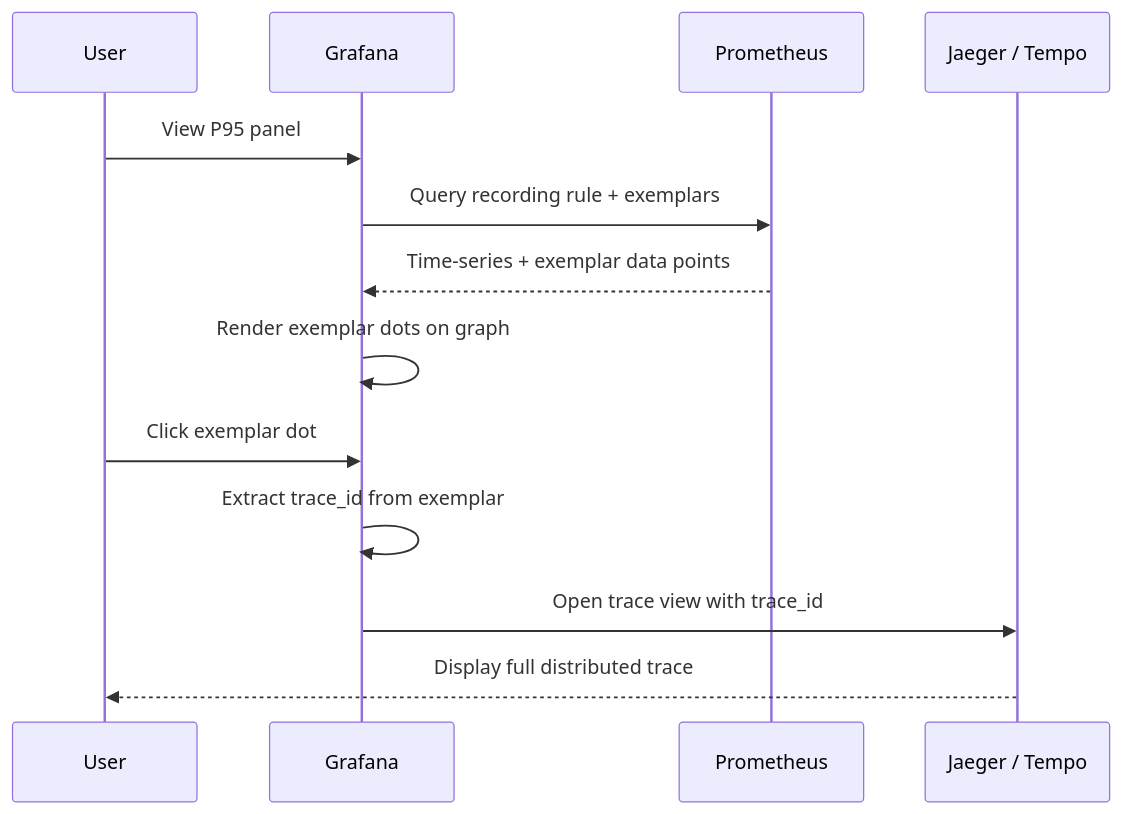
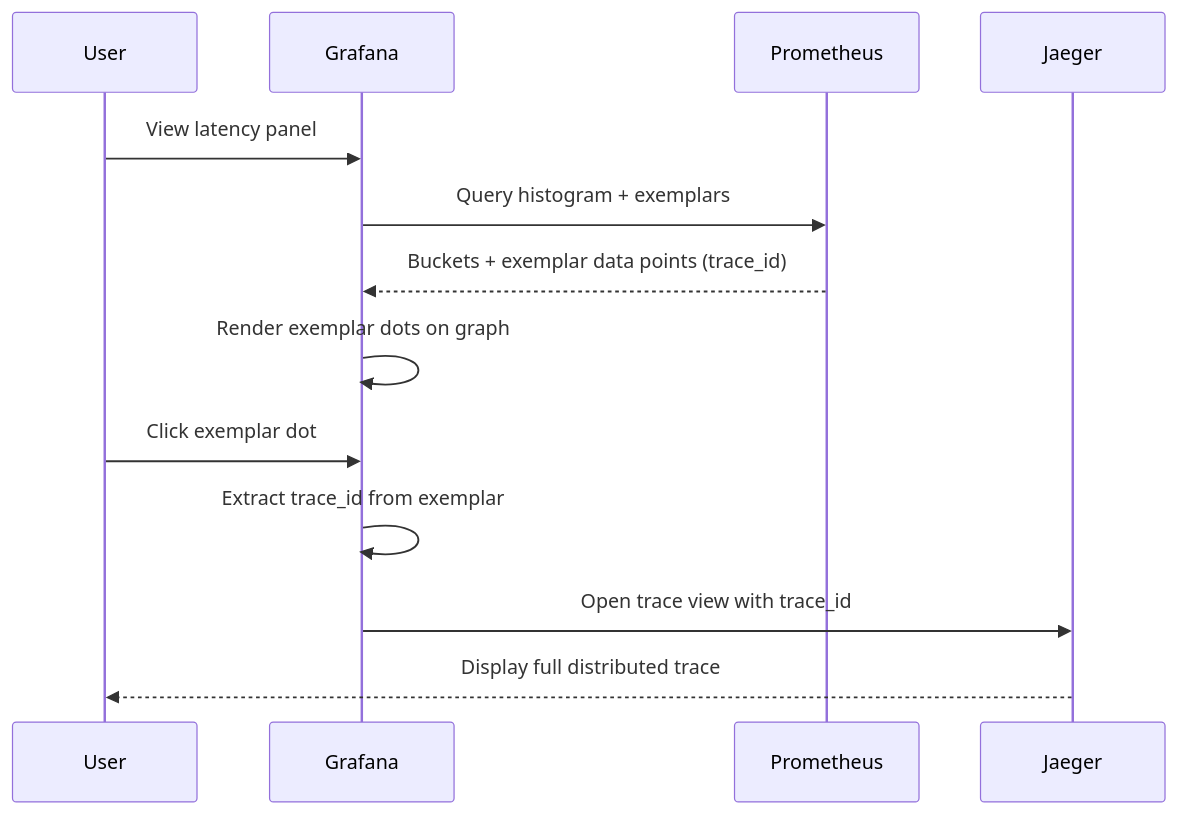
The second of 2 diagrams in docs/wiki/Grafana-Dashboards.md (telemetryflow/demo-kiro-sdd), drawn with Mermaid before and after one commit. The commit also changed other lines of this file and 8 other files, not shown here.

````diff
--- a/docs/wiki/Grafana-Dashboards.md
+++ b/docs/wiki/Grafana-Dashboards.md
@@ -95,16 +103,16 @@
 ```mermaid
 sequenceDiagram
     participant User
     participant Grafana
     participant Prometheus
-    participant Jaeger as Jaeger / Tempo
+    participant Jaeger
 
-    User->>Grafana: View P95 panel
-    Grafana->>Prometheus: Query recording rule + exemplars
-    Prometheus-->>Grafana: Time-series + exemplar data points
+    User->>Grafana: View latency panel
+    Grafana->>Prometheus: Query histogram + exemplars
+    Prometheus-->>Grafana: Buckets + exemplar data points (trace_id)
     Grafana->>Grafana: Render exemplar dots on graph
     User->>Grafana: Click exemplar dot
     Grafana->>Grafana: Extract trace_id from exemplar
     Grafana->>Jaeger: Open trace view with trace_id
     Jaeger-->>User: Display full distributed trace
 ```
````
